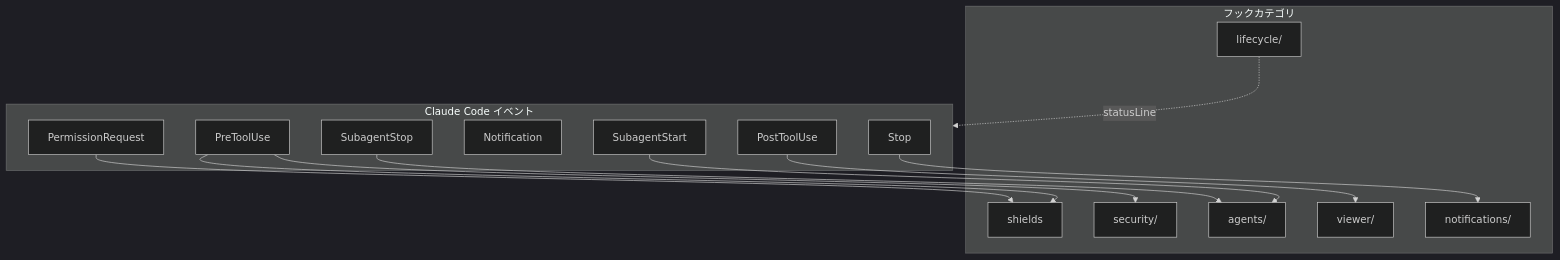
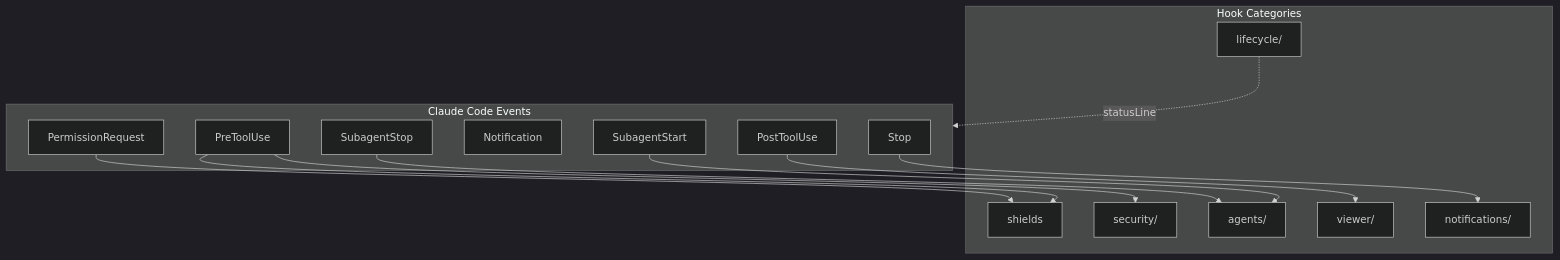
Before and after one commit to thkt/dotclaude: the first of 3 diagrams in .ja/docs/HOOKS.md, drawn with Mermaid (dark theme). The commit also changed other lines of this file and 380 other files, not shown here.

````diff
--- a/.ja/docs/HOOKS.md
+++ b/.ja/docs/HOOKS.md
@@ -9,30 +7,30 @@
 ```mermaid
 graph TD
-    subgraph Events["Claude Code イベント"]
+    subgraph Events["Claude Code Events"]
         PRE[PreToolUse]
         POST[PostToolUse]
         PERM[PermissionRequest]
         NOTIFY[Notification]
         STOP[Stop]
         SUB_START[SubagentStart]
         SUB_STOP[SubagentStop]
     end
 
-    subgraph Hooks["フックカテゴリ"]
+    subgraph Hooks["Hook Categories"]
         SHIELDS[shields]
         SEC[security/]
         LIFE[lifecycle/]
         AGENTS[agents/]
         VIEWER[viewer/]
         NOTIFY_H[notifications/]
     end
 
     PRE --> SHIELDS
     POST --> VIEWER
     PERM --> SHIELDS
     PRE --> SEC
     STOP --> NOTIFY_H
     SUB_START --> AGENTS
     SUB_STOP --> AGENTS
     LIFE -.->|statusLine| Events
 ```
````
